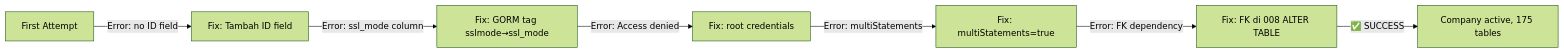
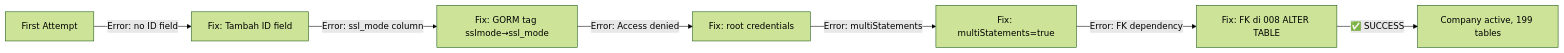
Before and after one commit to Inthros-Jagotama/inthros-hris-platform: the second of 8 diagrams in docs/platform-architecture-design.md, drawn with Mermaid (forest theme). The commit also changed other lines of this file and 10 other files, not shown here.

````diff
--- a/docs/platform-architecture-design.md
+++ b/docs/platform-architecture-design.md
@@ -1080,9 +1080,9 @@
 ```mermaid
 graph LR
     A[First Attempt] -->|Error: no ID field| B[Fix: Tambah ID field]
     B -->|Error: ssl_mode column| C[Fix: GORM tag sslmode→ssl_mode]
     C -->|Error: Access denied| D[Fix: root credentials]
     D -->|Error: multiStatements| E[Fix: multiStatements=true]
     E -->|Error: FK dependency| F[Fix: FK di 008 ALTER TABLE]
-    F -->|✅ SUCCESS| G[Company active, 175 tables]
+    F -->|✅ SUCCESS| G[Company active, 199 tables]
 ```
````
